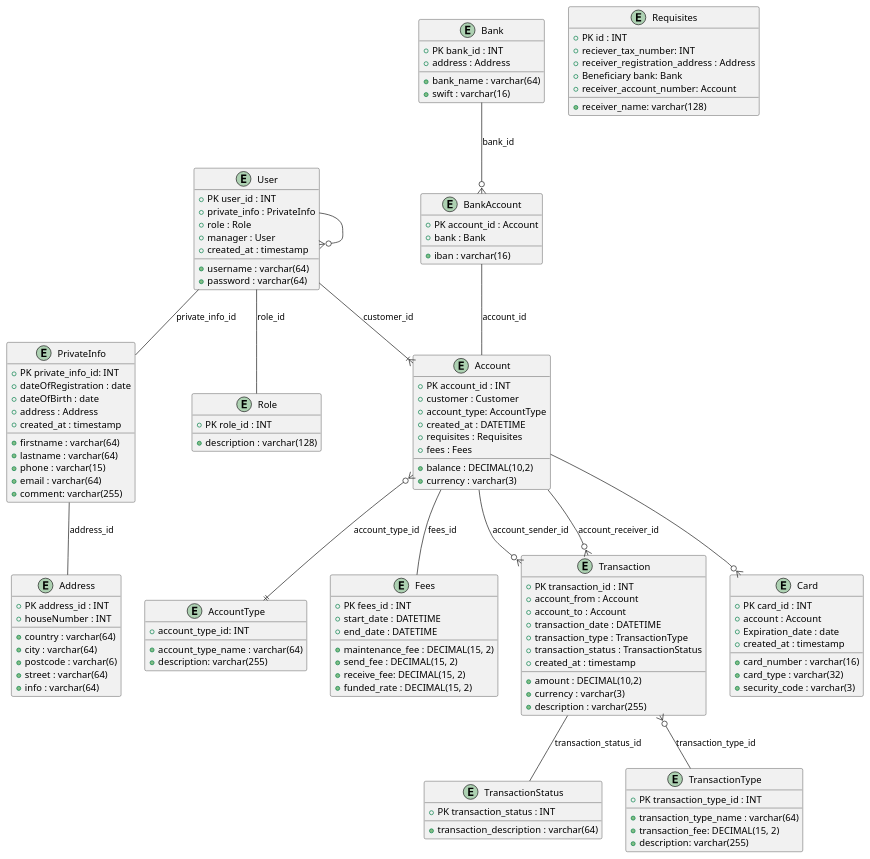
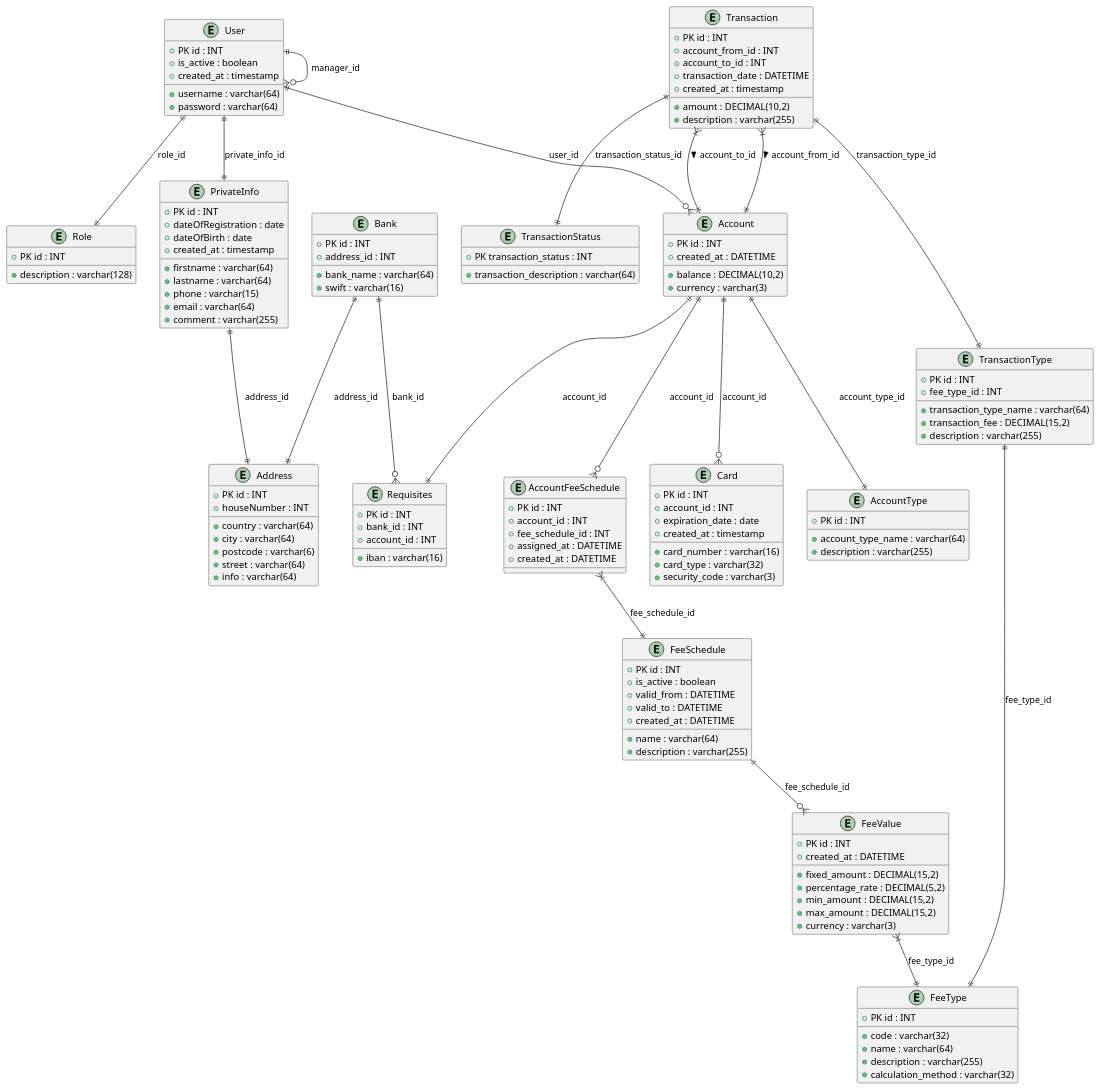
The diagram in src/Diagram.puml (jolivuk/ProjectBankSystem), drawn with PlantUML before and after one commit.

Commit message:
Diagram.puml was changed. Added Fees entities

```diff
--- a/src/Diagram.puml
+++ b/src/Diagram.puml
@@ -1,139 +1,166 @@
 @startuml
-'https://plantuml.com/sequence-diagram
 
-entity User{
-    + PK user_id : INT
-    + private_info : PrivateInfo
+' Домен управления пользователями
+entity User {
+    + PK id : INT
     + username : varchar(64)
     + password : varchar(64)
-    + role : Role
-    + manager : User
+    + is_active : boolean
     + created_at : timestamp
 }
 
-
-entity PrivateInfo{
-    + PK private_info_id: INT
+entity PrivateInfo {
+    + PK id : INT
     + firstname : varchar(64)
     + lastname : varchar(64)
     + dateOfRegistration : date
     + dateOfBirth : date
-    + address : Address
     + phone : varchar(15)
     + email : varchar(64)
-    + comment: varchar(255)
+    + comment : varchar(255)
     + created_at : timestamp
 }
 
-entity Address{
-    + PK address_id : INT
+entity Address {
+    + PK id : INT
     + country : varchar(64)
     + city : varchar(64)
     + postcode : varchar(6)
     + street : varchar(64)
     + houseNumber : INT
     + info : varchar(64)
 }
 
-entity Role{
-    + PK role_id : INT
+entity Role {
+    + PK id : INT
     + description : varchar(128)
 }
 
+' Домен счетов
+entity Account {
+    + PK id : INT
+    + balance : DECIMAL(10,2)
+    + currency : varchar(3)
+    + created_at : DATETIME
+}
 
-entity Account {
-    + PK account_id : INT
-    + customer : Customer
-    + account_type: AccountType
-    + balance : DECIMAL(10,2)
+entity AccountType {
+    + PK id : INT
+    + account_type_name : varchar(64)
+    + description : varchar(255)
+}
+
+' Домен комиссий
+entity FeeSchedule {
+    + PK id : INT
+    + name : varchar(64)
+    + description : varchar(255)
+    + is_active : boolean
+    + valid_from : DATETIME
+    + valid_to : DATETIME
     + created_at : DATETIME
-    + requisites : Requisites
+}
+
+entity FeeType {
+    + PK id : INT
+    + code : varchar(32)
+    + name : varchar(64)
+    + description : varchar(255)
+    + calculation_method : varchar(32)
+}
+
+entity FeeValue {
+    + PK id : INT
+    + fixed_amount : DECIMAL(15,2)
+    + percentage_rate : DECIMAL(5,2)
+    + min_amount : DECIMAL(15,2)
+    + max_amount : DECIMAL(15,2)
     + currency : varchar(3)
-    + fees : Fees
+    + created_at : DATETIME
 }
-entity AccountType{
-    + account_type_id: INT
-    + account_type_name : varchar(64)
-    + description: varchar(255)
+
+entity AccountFeeSchedule {
+    + PK id : INT
+    + account_id : INT
+    + fee_schedule_id : INT
+    + assigned_at : DATETIME
+    + created_at : DATETIME
 }
-entity Fees{
-        +PK fees_id : INT
-        + maintenance_fee : DECIMAL(15, 2)
-        + send_fee : DECIMAL(15, 2)
-        + receive_fee: DECIMAL(15, 2)
-        + funded_rate : DECIMAL(15, 2)
-        + start_date : DATETIME
-        + end_date : DATETIME
-}
+
+' Домен транзакций
 entity Transaction {
-    + PK transaction_id : INT
-    + account_from : Account
-    + account_to : Account
+    + PK id : INT
+    + account_from_id : INT
+    + account_to_id : INT
     + amount : DECIMAL(10,2)
-    + currency : varchar(3)
     + description : varchar(255)
     + transaction_date : DATETIME
-    + transaction_type : TransactionType
-    + transaction_status : TransactionStatus
     + created_at : timestamp
 }
 
-entity TransactionStatus{
+entity TransactionStatus {
     + PK transaction_status : INT
     + transaction_description : varchar(64)
 }
-entity TransactionType{
-    + PK transaction_type_id : INT
+
+entity TransactionType {
+    + PK id : INT
+    + fee_type_id : INT
     + transaction_type_name : varchar(64)
-    + transaction_fee: DECIMAL(15, 2)
-    + description: varchar(255)
+    + transaction_fee : DECIMAL(15,2)
+    + description : varchar(255)
 }
 
+' Домен карт и банков
 entity Card {
-    + PK card_id : INT
-    + account : Account
+    + PK id : INT
+    + account_id : INT
     + card_number : varchar(16)
     + card_type : varchar(32)
-    + Expiration_date : date
+    + expiration_date : date
     + security_code : varchar(3)
     + created_at : timestamp
 }
-entity Bank{
-    + PK bank_id : INT
+
+entity Bank {
+    + PK id : INT
+    + address_id : INT
     + bank_name : varchar(64)
     + swift : varchar(16)
-    + address : Address
 }
 
-entity BankAccount{
-    + PK account_id : Account
+entity Requisites {
+    + PK id : INT
+    + bank_id : INT
+    + account_id : INT
     + iban : varchar(16)
-    + bank : Bank
-}
-entity Requisites{
-    + PK id : INT
-    + reciever_tax_number: INT
-    + receiver_name: varchar(128)
-    +  receiver_registration_address : Address
-    +  Beneﬁciary bank: Bank
-    +  receiver_account_number: Account
 }
 
+' Связи базового домена
+User ||--|| PrivateInfo : private_info_id
+User ||--|| Role : role_id
+User ||--o{ User : manager_id
+User ||--o{ Account : user_id
+PrivateInfo ||--|| Address : address_id
+Account ||--|| AccountType : account_type_id
+Account ||--o{ Card : account_id
+Account ||--|| Requisites : account_id
 
+' Связи транзакционного домена
+Transaction }|--|| Account : account_from_id >
+Transaction }|--|| Account : account_to_id >
+Transaction ||--|| TransactionStatus : transaction_status_id
+Transaction ||--|| TransactionType : transaction_type_id
 
+' Связи банковского домена
+Bank ||--o{ Requisites : bank_id
+Bank ||--|| Address : address_id
 
-PrivateInfo -- Address : address_id
-User --|{ Account : customer_id
-User -- PrivateInfo : private_info_id
-User -- Role : role_id
-User --o{User
-Account --o{ Transaction : account_sender_id
-Account --o{ Transaction : account_receiver_id
-Transaction -- TransactionStatus : transaction_status_id
-Account --o{ Card
-Transaction }o-- TransactionType : transaction_type_id
-Account }o--|| AccountType : account_type_id
-Bank --o{ BankAccount : bank_id
-BankAccount -- Account : account_id
-Account --Fees : fees_id
+' Связи домена комиссий
+Account ||--o{ AccountFeeSchedule : account_id
+AccountFeeSchedule }|--|| FeeSchedule : fee_schedule_id
+FeeSchedule ||--o{ FeeValue : fee_schedule_id
+FeeValue }|--|| FeeType : fee_type_id
+TransactionType ||--|| FeeType : fee_type_id
+
 @enduml
```
